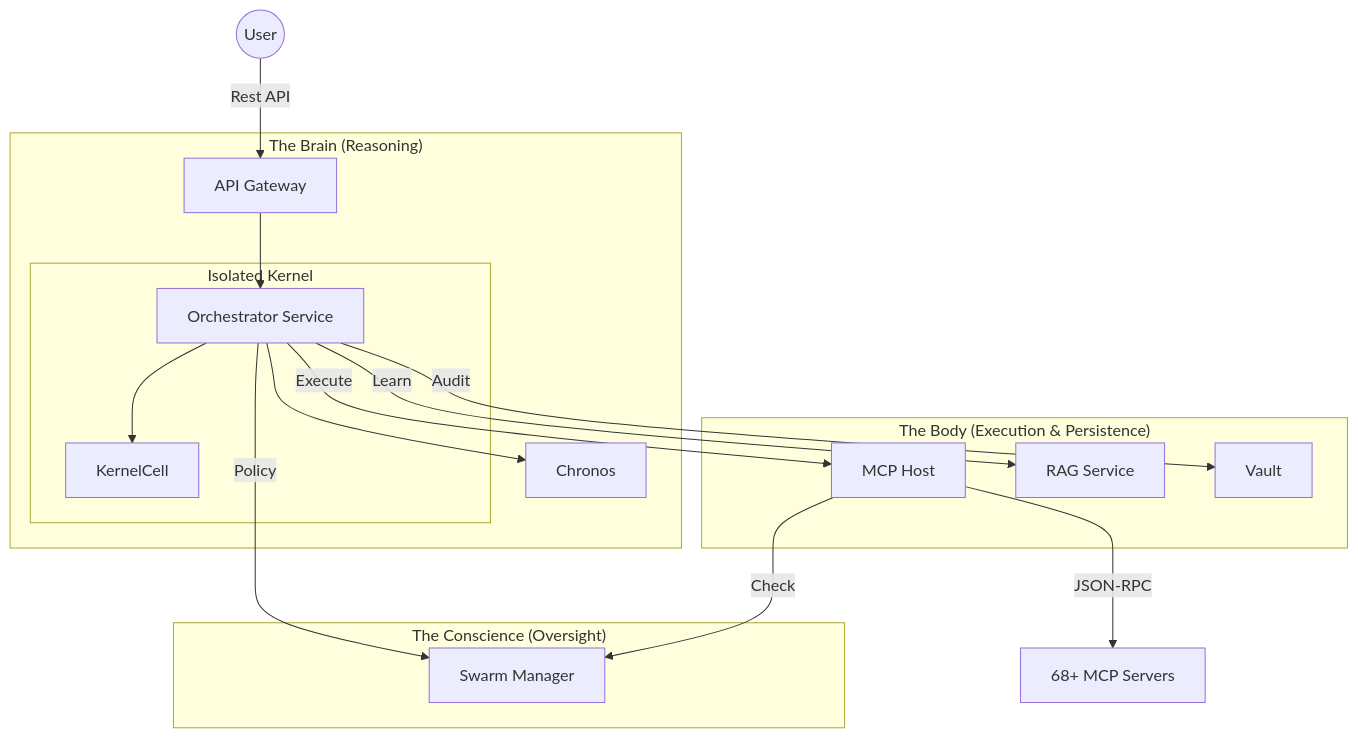
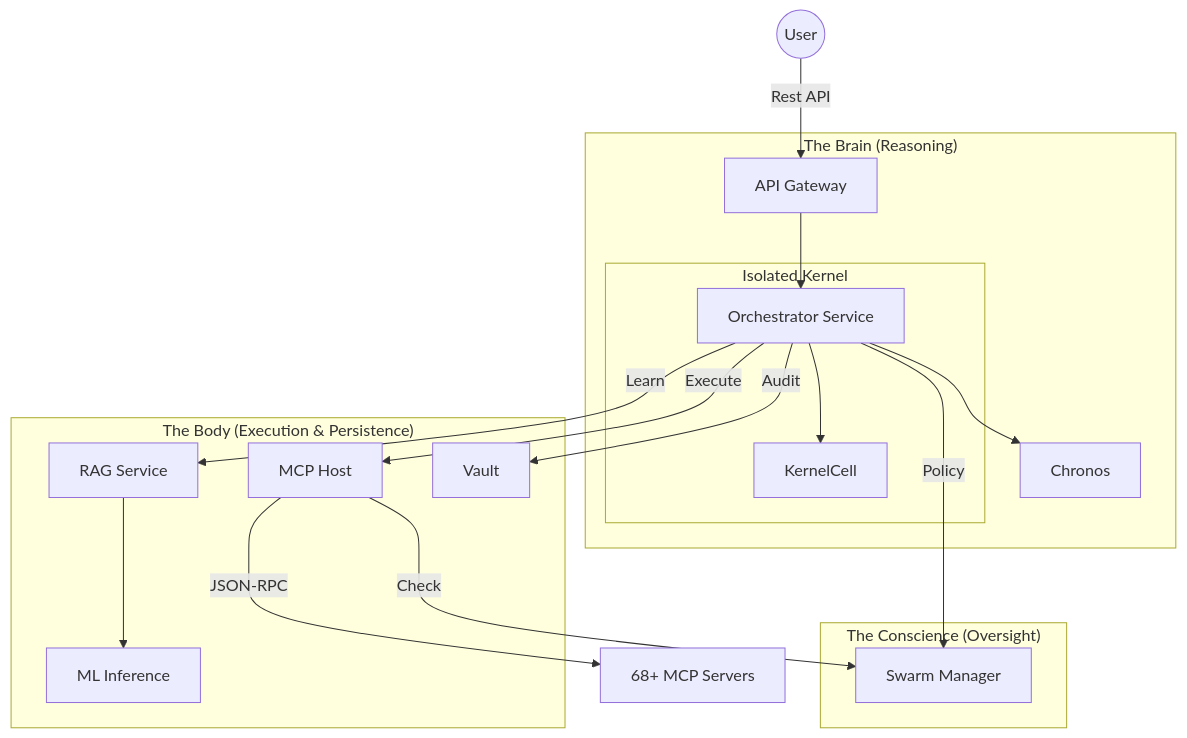
Before and after one commit to azzindani/Kea: the diagram in services/README.md, drawn with Mermaid. The commit also changed other lines of this file and 16 other files, not shown here.

````diff
--- a/services/README.md
+++ b/services/README.md
@@ -18,25 +18,26 @@
 ```mermaid
 graph TD
     User((User)) -->|Rest API| Gateway[API Gateway]
     
     subgraph "The Brain (Reasoning)"
         Gateway --> Orchestrator[Orchestrator Service]
         subgraph Kernel [Isolated Kernel]
             Orchestrator --> Cell[KernelCell]
         end
         Orchestrator --> Chronos[Chronos]
     end
     
     subgraph "The Body (Execution & Persistence)"
         Orchestrator -->|Execute| Host[MCP Host]
         Orchestrator -->|Learn| RAG[RAG Service]
         Orchestrator -->|Audit| Vault[Vault]
+        RAG --> ML[ML Inference]
     end
     
     subgraph "The Conscience (Oversight)"
         Host -->|Check| Manager[Swarm Manager]
         Orchestrator -->|Policy| Manager
     end
     
     Host -->|JSON-RPC| Tools[68+ MCP Servers]
 ```
````
